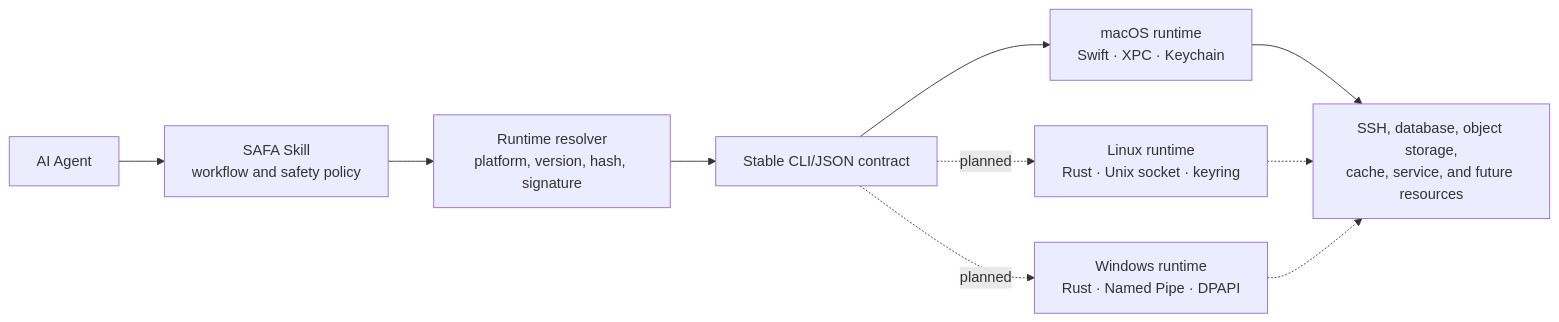
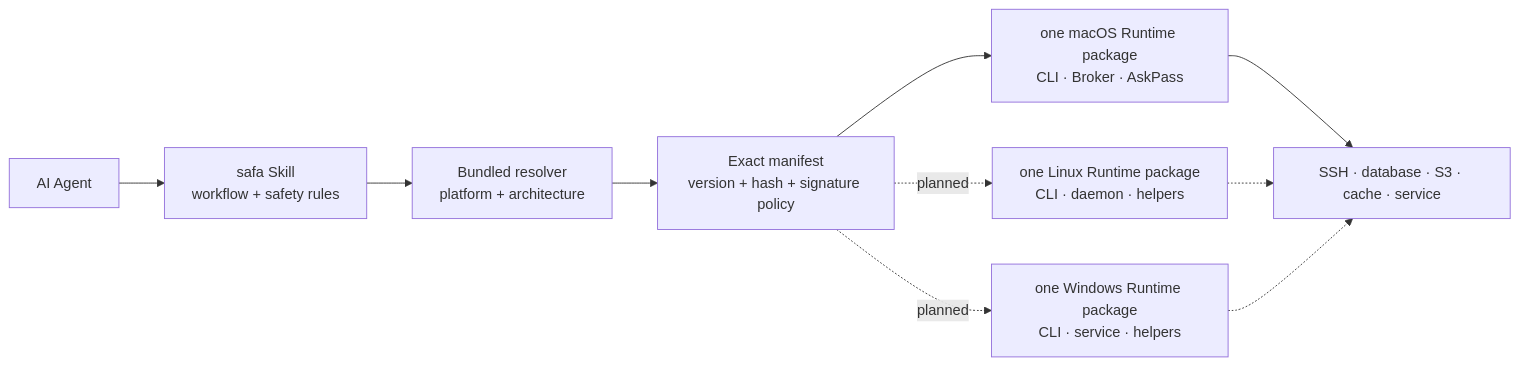
The diagram in README.md (juju-w/safa), drawn with Mermaid before and after one commit. The commit also changed other lines of this file and 14 other files, not shown here.

Commit message:
refactor(product): own Skill and Runtime distribution

````diff
--- a/README.md
+++ b/README.md
@@ -27,12 +53,12 @@
 ```mermaid
 flowchart LR
-    Agent["AI Agent"] --> Skill["SAFA Skill\nworkflow and safety policy"]
-    Skill --> Resolver["Runtime resolver\nplatform, version, hash, signature"]
-    Resolver --> Contract["Stable CLI/JSON contract"]
-    Contract --> Mac["macOS runtime\nSwift · XPC · Keychain"]
-    Contract -. planned .-> Linux["Linux runtime\nRust · Unix socket · keyring"]
-    Contract -. planned .-> Windows["Windows runtime\nRust · Named Pipe · DPAPI"]
-    Mac --> Resource["SSH, database, object storage,\ncache, service, and future resources"]
-    Linux -.-> Resource
-    Windows -.-> Resource
+    Agent["AI Agent"] --> Skill["safa Skill\nworkflow + safety rules"]
+    Skill --> Resolver["Bundled resolver\nplatform + architecture"]
+    Resolver --> Lock["Exact manifest\nversion + hash + signature policy"]
+    Lock --> Mac["one macOS Runtime package\nCLI · Broker · AskPass"]
+    Lock -. planned .-> Linux["one Linux Runtime package\nCLI · daemon · helpers"]
+    Lock -. planned .-> Windows["one Windows Runtime package\nCLI · service · helpers"]
+    Mac --> Resources["SSH · database · S3 · cache · service"]
+    Linux -.-> Resources
+    Windows -.-> Resources
 ```
````
